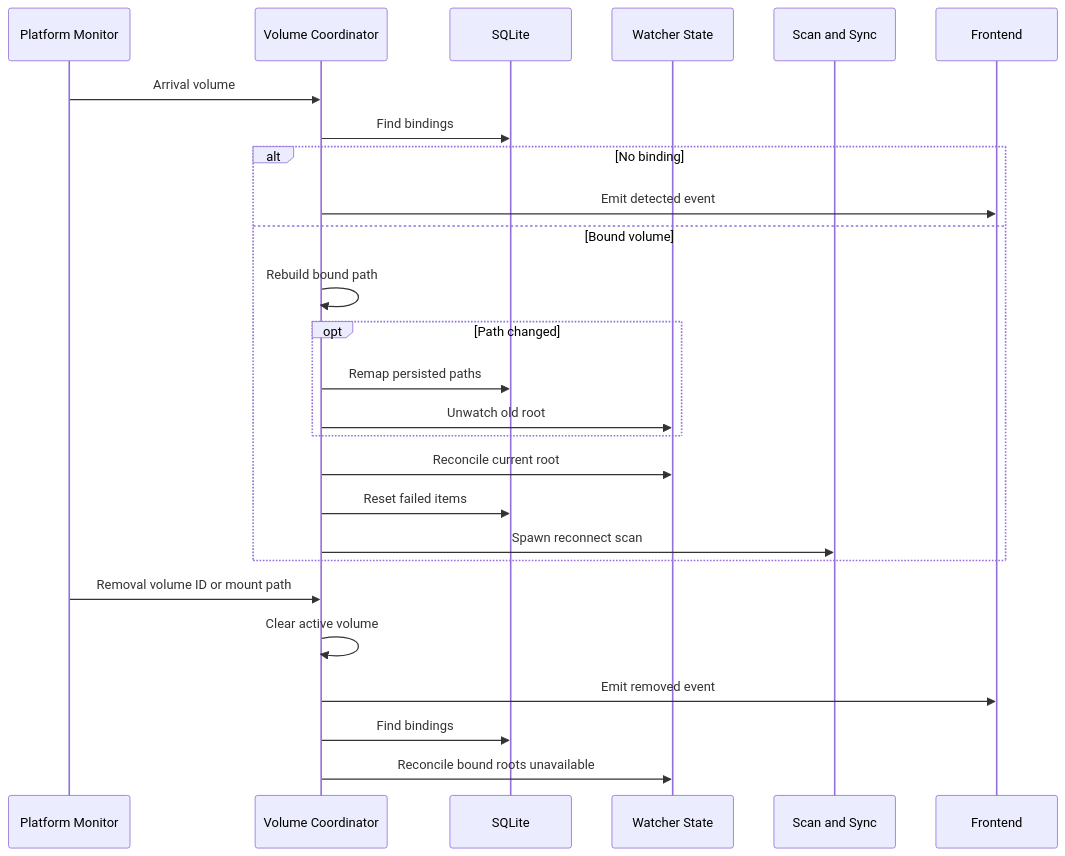
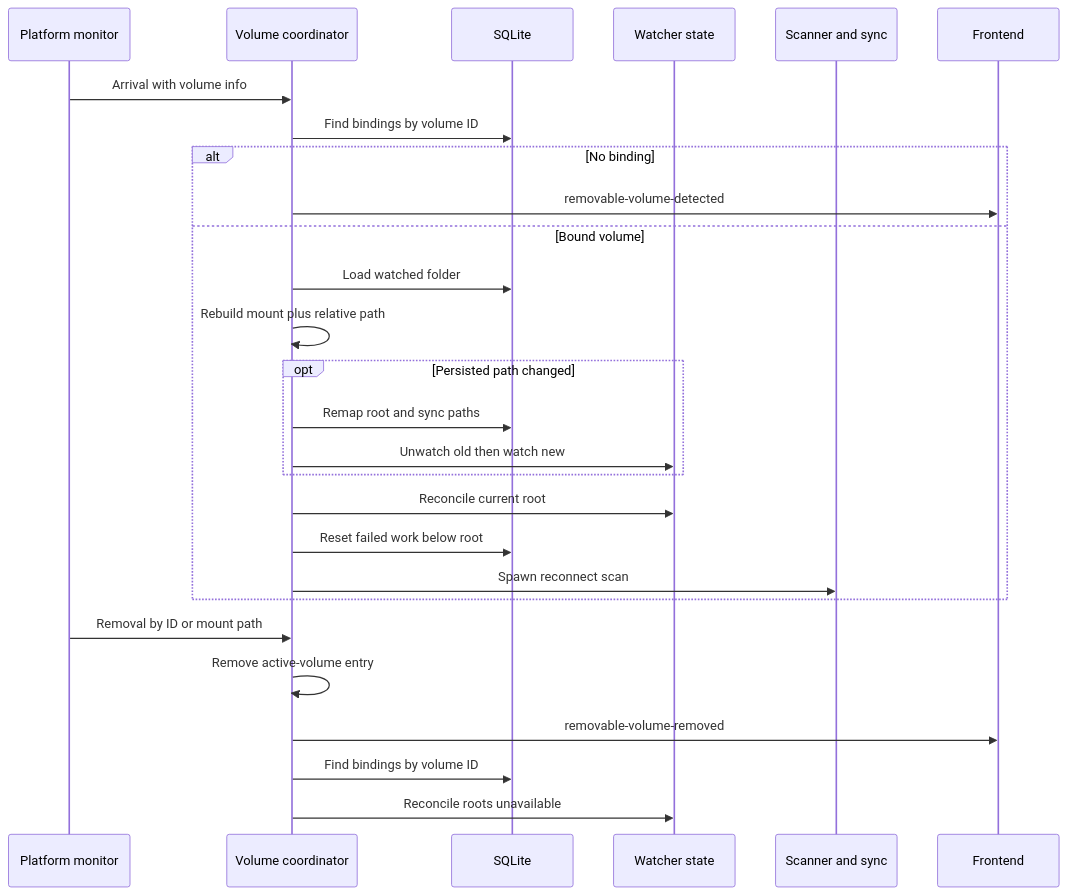
One commit to xXRoxXeRXx/lymic changed the third of 3 diagrams in openwiki/workflows/watched-folders.md. Above: the diagram before and after it, drawn with Mermaid. The commit also changed other lines of this file and 28 other files, not shown here.

````diff
--- a/openwiki/workflows/watched-folders.md
+++ b/openwiki/workflows/watched-folders.md
@@ -101,29 +126,30 @@
 ```mermaid
 sequenceDiagram
-    participant Monitor as Platform Monitor
-    participant Coordinator as Volume Coordinator
-    participant Database as SQLite
-    participant Watcher as Watcher State
-    participant Scanner as Scan and Sync
-    participant Frontend as Frontend
+    participant Monitor as Platform monitor
+    participant Coord as Volume coordinator
+    participant Store as SQLite
+    participant Watch as Watcher state
+    participant Scan as Scanner and sync
+    participant UI as Frontend
 
-    Monitor->>Coordinator: Arrival volume
-    Coordinator->>Database: Find bindings
+    Monitor->>Coord: Arrival with volume info
+    Coord->>Store: Find bindings by volume ID
     alt No binding
-        Coordinator->>Frontend: Emit detected event
+        Coord->>UI: removable-volume-detected
     else Bound volume
-        Coordinator->>Coordinator: Rebuild bound path
-        opt Path changed
-            Coordinator->>Database: Remap persisted paths
-            Coordinator->>Watcher: Unwatch old root
+        Coord->>Store: Load watched folder
+        Coord->>Coord: Rebuild mount plus relative path
+        opt Persisted path changed
+            Coord->>Store: Remap root and sync paths
+            Coord->>Watch: Unwatch old then watch new
         end
-        Coordinator->>Watcher: Reconcile current root
-        Coordinator->>Database: Reset failed items
-        Coordinator->>Scanner: Spawn reconnect scan
+        Coord->>Watch: Reconcile current root
+        Coord->>Store: Reset failed work below root
+        Coord->>Scan: Spawn reconnect scan
     end
-    Monitor->>Coordinator: Removal volume ID or mount path
-    Coordinator->>Coordinator: Clear active volume
-    Coordinator->>Frontend: Emit removed event
-    Coordinator->>Database: Find bindings
-    Coordinator->>Watcher: Reconcile bound roots unavailable
+    Monitor->>Coord: Removal by ID or mount path
+    Coord->>Coord: Remove active-volume entry
+    Coord->>UI: removable-volume-removed
+    Coord->>Store: Find bindings by volume ID
+    Coord->>Watch: Reconcile roots unavailable
 ```
````
